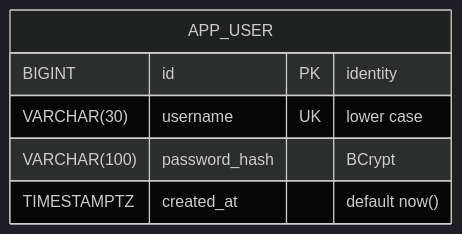
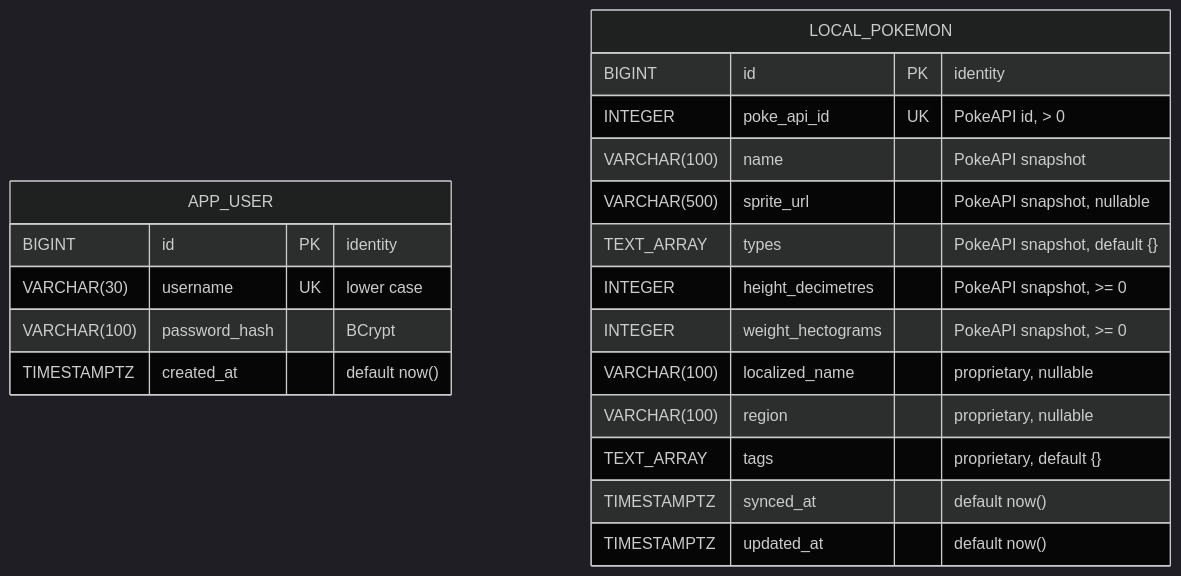
Before and after one commit to Daniloerz/poke-tech-test: the diagram in backend/docs/bd/erd.mmd, drawn with Mermaid (dark theme). The commit also changed 8 other files, not shown here.

```diff
--- a/backend/docs/bd/erd.mmd
+++ b/backend/docs/bd/erd.mmd
@@ -1,7 +1,22 @@
 erDiagram
     APP_USER {
         BIGINT id PK "identity"
         VARCHAR(30) username UK "lower case"
         VARCHAR(100) password_hash "BCrypt"
         TIMESTAMPTZ created_at "default now()"
     }
+
+    LOCAL_POKEMON {
+        BIGINT id PK "identity"
+        INTEGER poke_api_id UK "PokeAPI id, > 0"
+        VARCHAR(100) name "PokeAPI snapshot"
+        VARCHAR(500) sprite_url "PokeAPI snapshot, nullable"
+        TEXT_ARRAY types "PokeAPI snapshot, default {}"
+        INTEGER height_decimetres "PokeAPI snapshot, >= 0"
+        INTEGER weight_hectograms "PokeAPI snapshot, >= 0"
+        VARCHAR(100) localized_name "proprietary, nullable"
+        VARCHAR(100) region "proprietary, nullable"
+        TEXT_ARRAY tags "proprietary, default {}"
+        TIMESTAMPTZ synced_at "default now()"
+        TIMESTAMPTZ updated_at "default now()"
+    }
```
